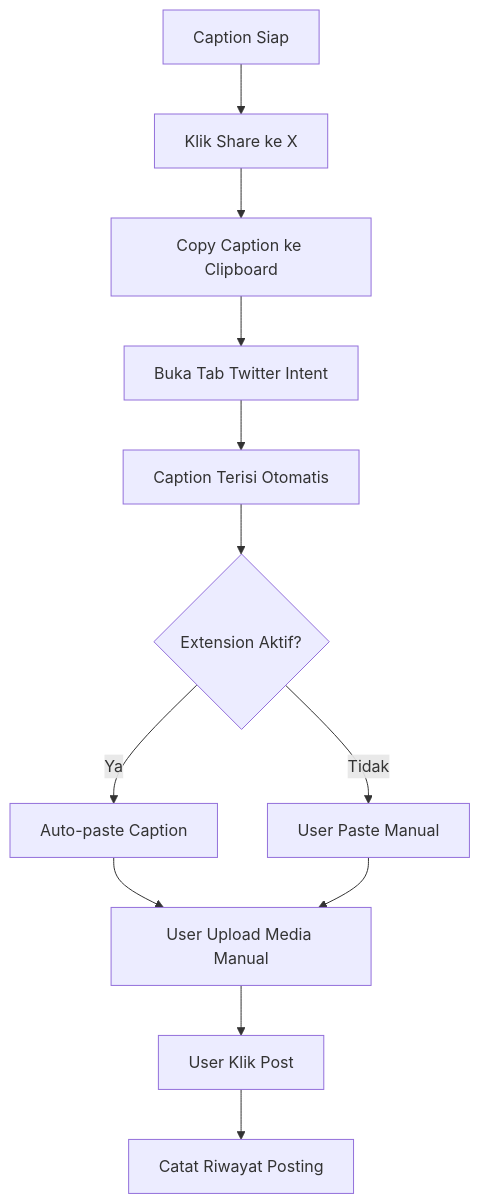
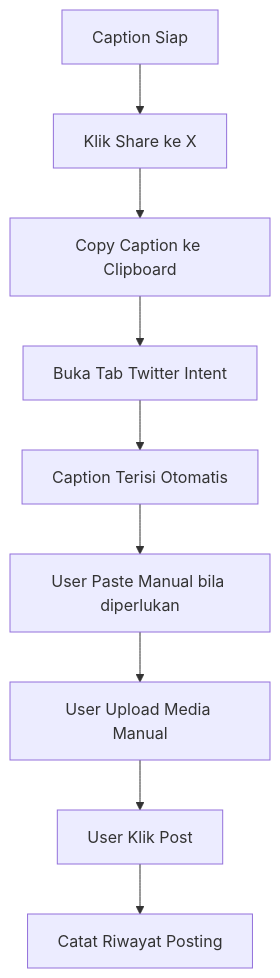
Before and after one commit to nunutech40/affilatorshopee: the fourth of 5 diagrams in PRD.md, drawn with Mermaid. The commit also changed other lines of this file and 6 other files, not shown here.

````diff
--- a/PRD.md
+++ b/PRD.md
@@ -112,14 +109,11 @@
 ```mermaid
 flowchart TD
     A[Caption Siap] --> B[Klik Share ke X]
     B --> C[Copy Caption ke Clipboard]
     C --> D[Buka Tab Twitter Intent]
     D --> E[Caption Terisi Otomatis]
-    E --> F{Extension Aktif?}
-    F -->|Ya| G[Auto-paste Caption]
-    F -->|Tidak| H[User Paste Manual]
-    G --> I[User Upload Media Manual]
-    H --> I
-    I --> J[User Klik Post]
-    J --> K[Catat Riwayat Posting]
+    E --> F[User Paste Manual bila diperlukan]
+    F --> G[User Upload Media Manual]
+    G --> H[User Klik Post]
+    H --> I[Catat Riwayat Posting]
 ```
````
